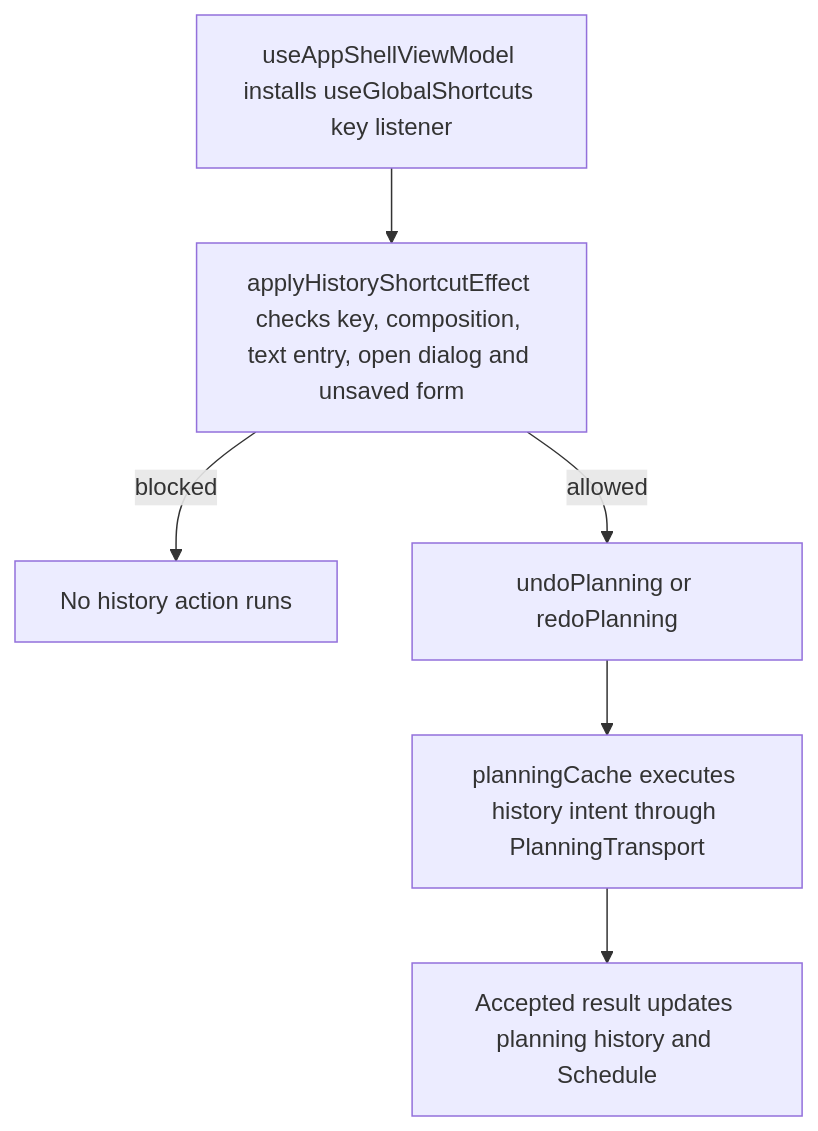
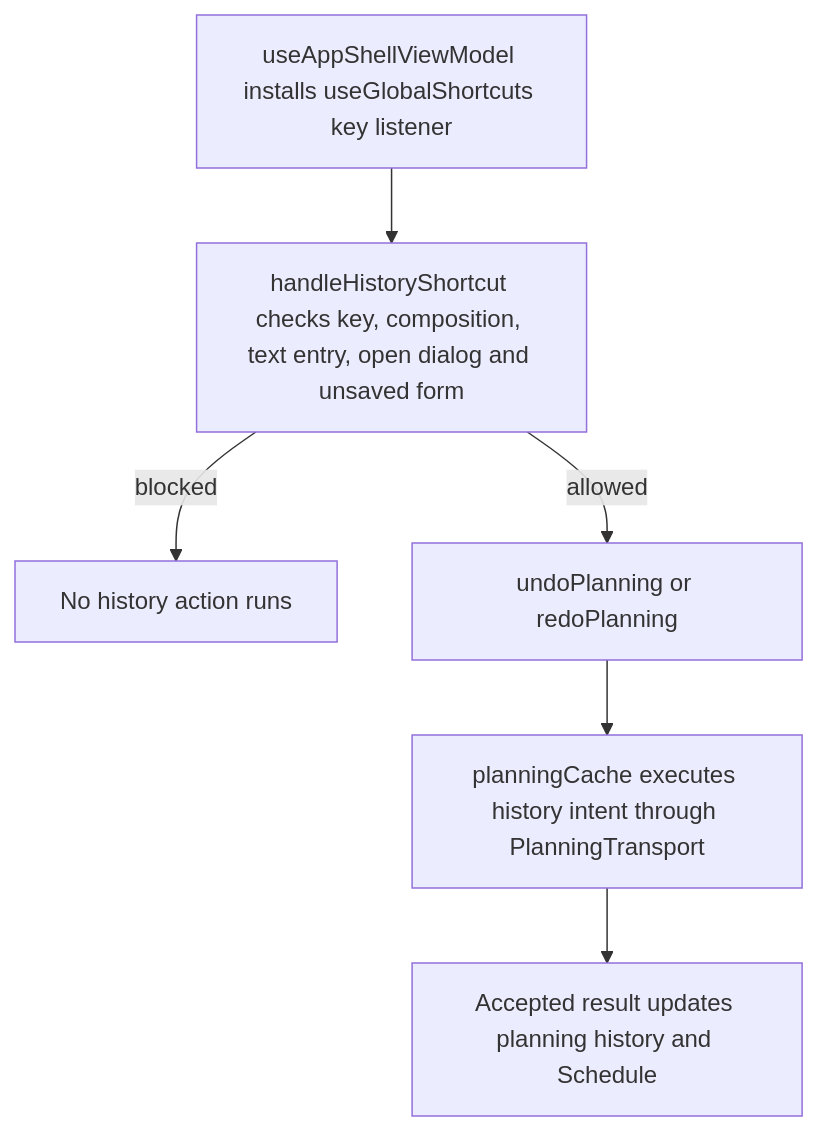
The second of 2 diagrams in user-stories/toolbar/US-TBR-07-undo-redo-keyboard.md (Kevinjohn/capacitylens), drawn with Mermaid before and after one commit. The commit also changed 4 other files, not shown here.

First line of the commit message:
Effect outside React: rename summary and shortcut handlers

````diff
--- a/user-stories/toolbar/US-TBR-07-undo-redo-keyboard.md
+++ b/user-stories/toolbar/US-TBR-07-undo-redo-keyboard.md
@@ -33,8 +33,8 @@
 ```mermaid
 flowchart TD
-  A["useAppShellViewModel installs useGlobalShortcuts key listener"] --> B["applyHistoryShortcutEffect checks key, composition, text entry, open dialog and unsaved form"]
+  A["useAppShellViewModel installs useGlobalShortcuts key listener"] --> B["handleHistoryShortcut checks key, composition, text entry, open dialog and unsaved form"]
   B -->|blocked| C["No history action runs"]
   B -->|allowed| D["undoPlanning or redoPlanning"]
   D --> E["planningCache executes history intent through PlanningTransport"]
   E --> F["Accepted result updates planning history and Schedule"]
 ```
````
